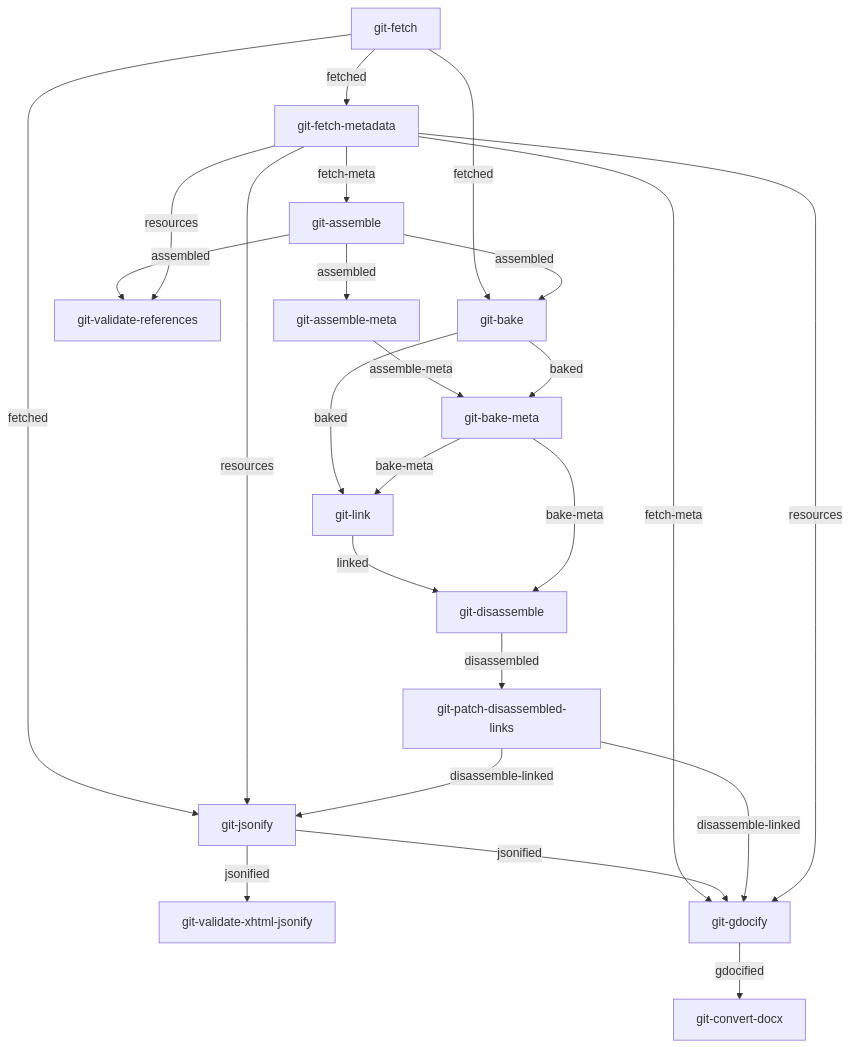
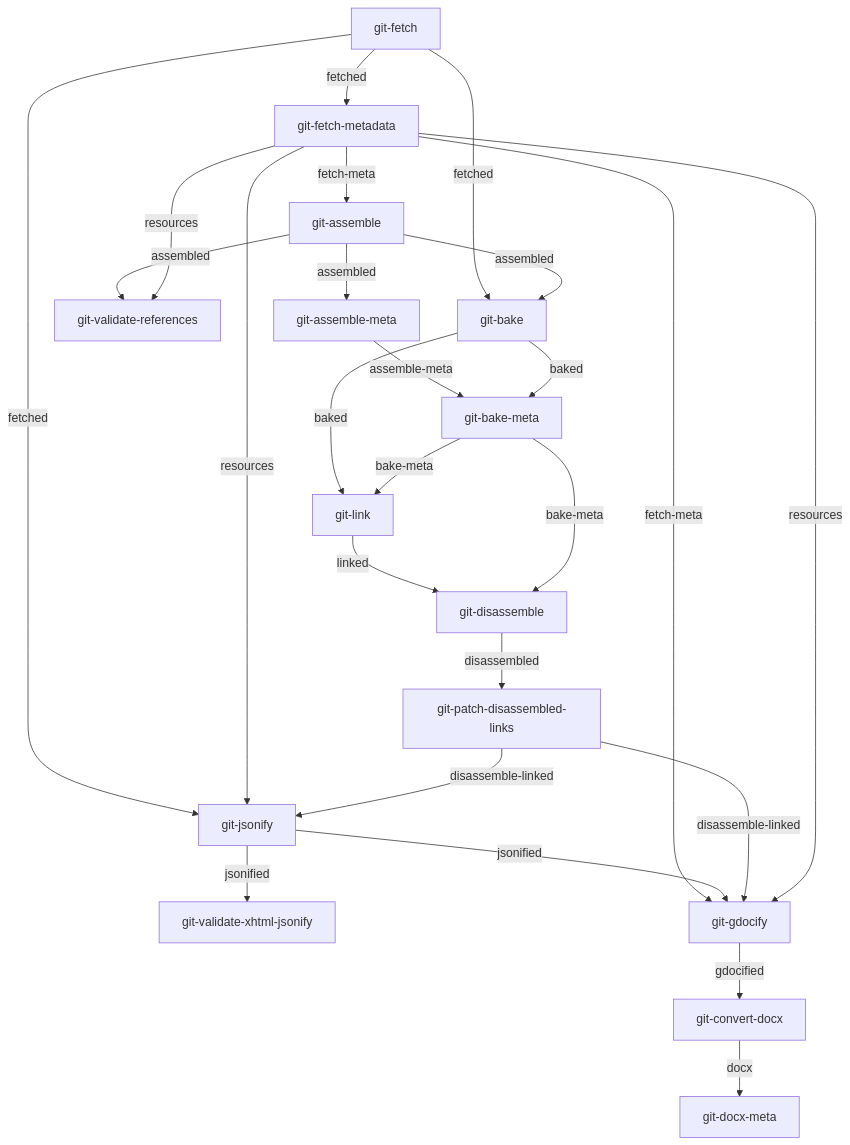
The third of 5 diagrams in build-concourse/graphs/README.md (openstax/enki), drawn with Mermaid before and after one commit. The commit also changed 3 other files, not shown here.

````diff
--- a/build-concourse/graphs/README.md
+++ b/build-concourse/graphs/README.md
@@ -67,26 +67,27 @@
 ```mermaid
 graph TB
     git-fetch -- fetched --> git-fetch-metadata
     git-fetch-metadata -- fetch-meta --> git-assemble
     git-assemble -- assembled --> git-assemble-meta
     git-assemble -- assembled --> git-validate-references
     git-fetch-metadata -- resources --> git-validate-references
     git-fetch -- fetched --> git-bake
     git-assemble -- assembled --> git-bake
     git-assemble-meta -- assemble-meta --> git-bake-meta
     git-bake -- baked --> git-bake-meta
     git-bake -- baked --> git-link
     git-bake-meta -- bake-meta --> git-link
     git-link -- linked --> git-disassemble
     git-bake-meta -- bake-meta --> git-disassemble
     git-disassemble -- disassembled --> git-patch-disassembled-links
     git-fetch -- fetched --> git-jsonify
     git-fetch-metadata -- resources --> git-jsonify
     git-patch-disassembled-links -- disassemble-linked --> git-jsonify
     git-jsonify -- jsonified --> git-validate-xhtml-jsonify
     git-fetch-metadata -- fetch-meta --> git-gdocify
     git-jsonify -- jsonified --> git-gdocify
     git-patch-disassembled-links -- disassemble-linked --> git-gdocify
     git-fetch-metadata -- resources --> git-gdocify
     git-gdocify -- gdocified --> git-convert-docx
+    git-convert-docx -- docx --> git-docx-meta
 ```
````
